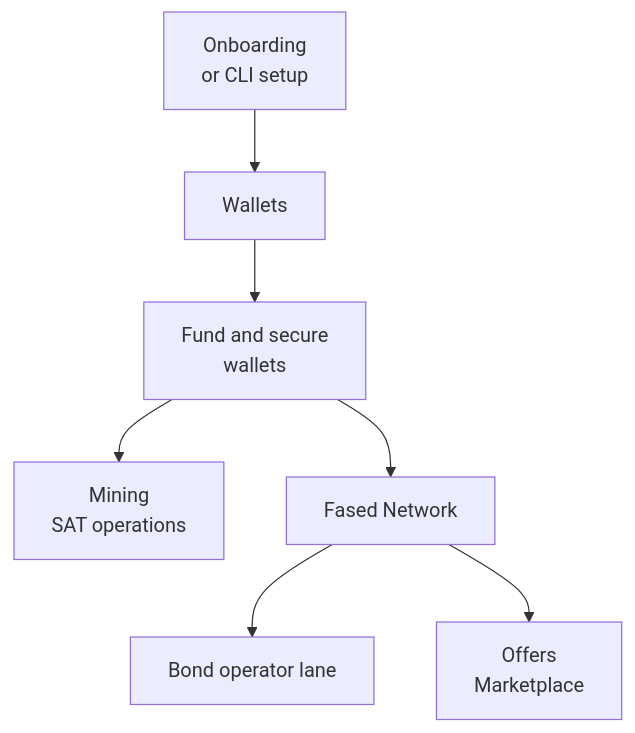
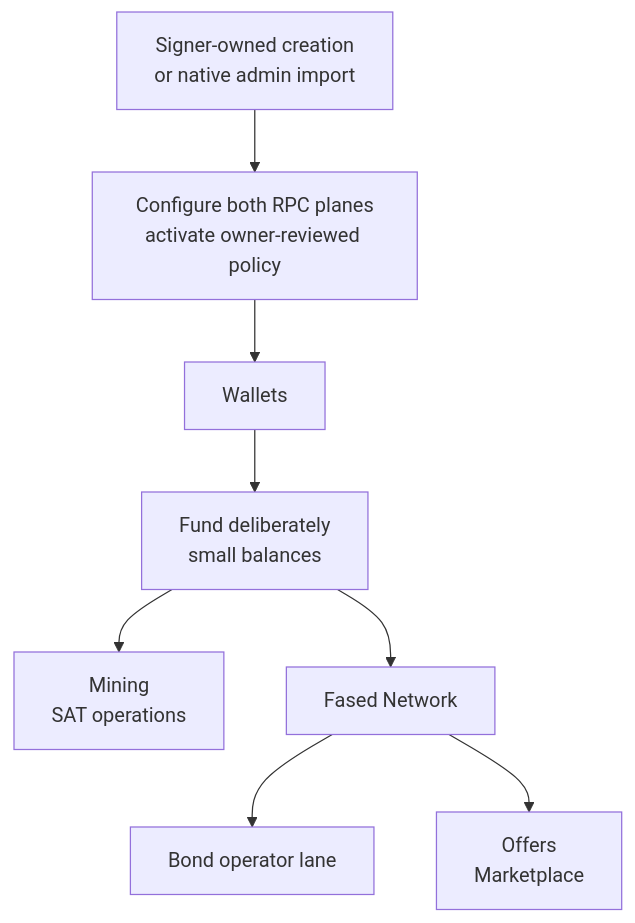
One commit to fased-ai/fased changed the diagram in docs/plugins/crypto/wallet-page.md. Above: the diagram before and after it, drawn with Mermaid. The commit also changed other lines of this file and 534 other files, not shown here.

First line of the commit message:
Secure wallet signer lifecycle and hosted custody boundary (#142)

````diff
--- a/docs/plugins/crypto/wallet-page.md
+++ b/docs/plugins/crypto/wallet-page.md
@@ -49,9 +49,10 @@
 ```mermaid
 flowchart TD
-    Setup["Onboarding<br/>or CLI setup"] --> Wallets["Wallets"]
-    Wallets --> Funding["Fund and secure<br/>wallets"]
+    Setup["Signer-owned creation<br/>or native admin import"] --> Activate["Configure both RPC planes<br/>activate owner-reviewed policy"]
+    Activate --> Wallets["Wallets"]
+    Wallets --> Funding["Fund deliberately<br/>small balances"]
     Funding --> Mining["Mining<br/>SAT operations"]
     Funding --> Network["Fased Network"]
     Network --> Bond["Bond operator lane"]
     Network --> Offers["Offers<br/>Marketplace"]
 ```
````
